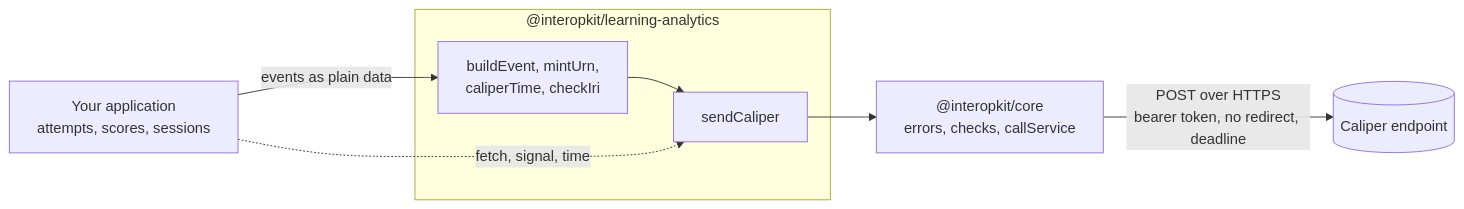
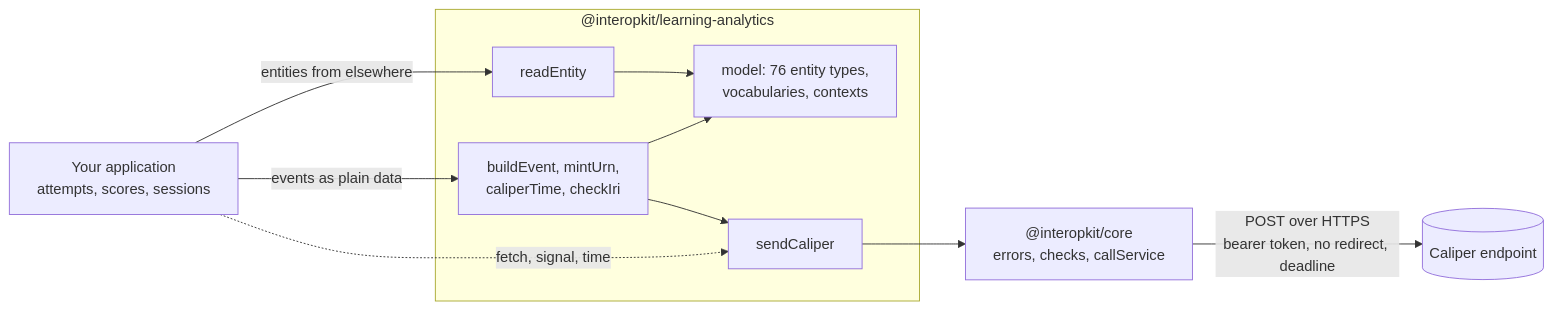
One commit to interopkit/interopkit changed the diagram in packages/learning-analytics/README.md. Above: the diagram before and after it, drawn with Mermaid. The commit also changed other lines of this file and 72 other files, not shown here.

Commit message:
Model every entity of Caliper 1.2 and the Library Use Profile, read an entity describe against its class, and compare them with the tables, schemas and fixtures

````diff
--- a/packages/learning-analytics/README.md
+++ b/packages/learning-analytics/README.md
@@ -8,15 +9,20 @@
 ```mermaid
 flowchart LR
   host["Your application<br/>attempts, scores, sessions"]
   subgraph pkg["@interopkit/learning-analytics"]
+    model["model: 76 entity types,<br/>vocabularies, contexts"]
+    read["readEntity"]
     build["buildEvent, mintUrn,<br/>caliperTime, checkIri"]
     send["sendCaliper"]
   end
   core["@interopkit/core<br/>errors, checks, callService"]
   endpoint[("Caliper endpoint")]
   host -->|"events as plain data"| build
+  host -->|"entities from elsewhere"| read
+  read --> model
+  build --> model
   build --> send
   host -.->|"fetch, signal, time"| send
   send --> core
   core -->|"POST over HTTPS<br/>bearer token, no redirect, deadline"| endpoint
 ```
````
